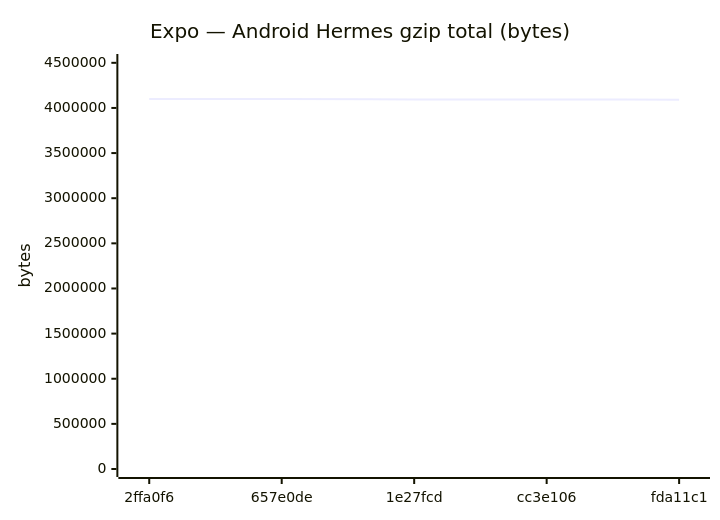
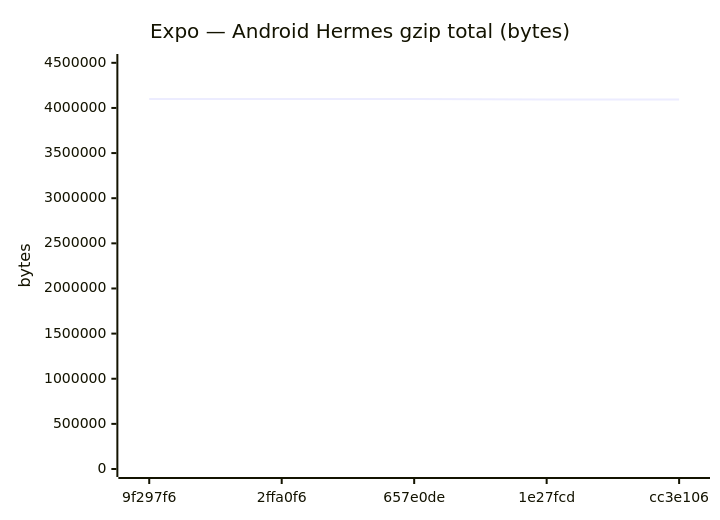
Diagram 11 of 18 in benchmarks/compare.md (Metaheurist/Rianell), drawn with Mermaid before and after one commit. The commit also changed other lines of this file and 11 other files, not shown here.

````diff
--- a/benchmarks/compare.md
+++ b/benchmarks/compare.md
@@ -172,7 +172,7 @@
 ```mermaid
 xychart-beta
     title "Expo — Android Hermes gzip total (bytes)"
-    x-axis ["2ffa0f6", "657e0de", "1e27fcd", "cc3e106", "fda11c1"]
+    x-axis ["9f297f6", "2ffa0f6", "657e0de", "1e27fcd", "cc3e106"]
     y-axis "bytes" 0 --> 4509037
-    line [4099124, 4098083, 4094465, 4094465, 4090789]
+    line [4099121, 4099124, 4098083, 4094465, 4094465]
 ```
````
